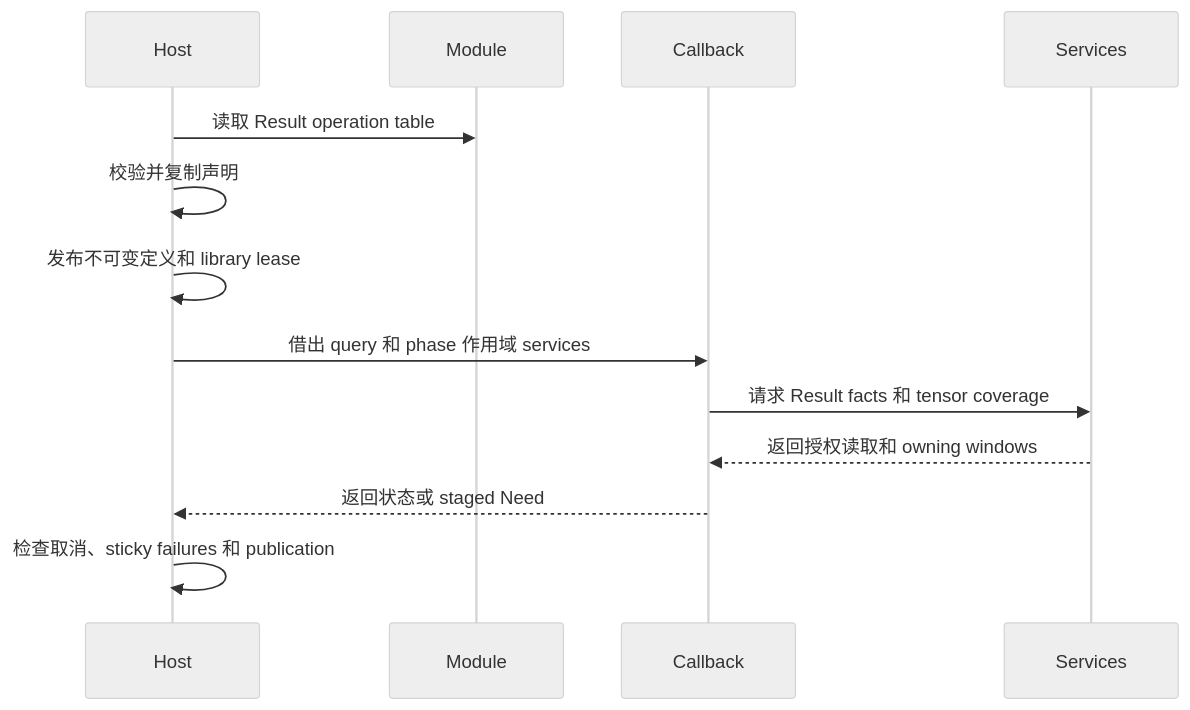
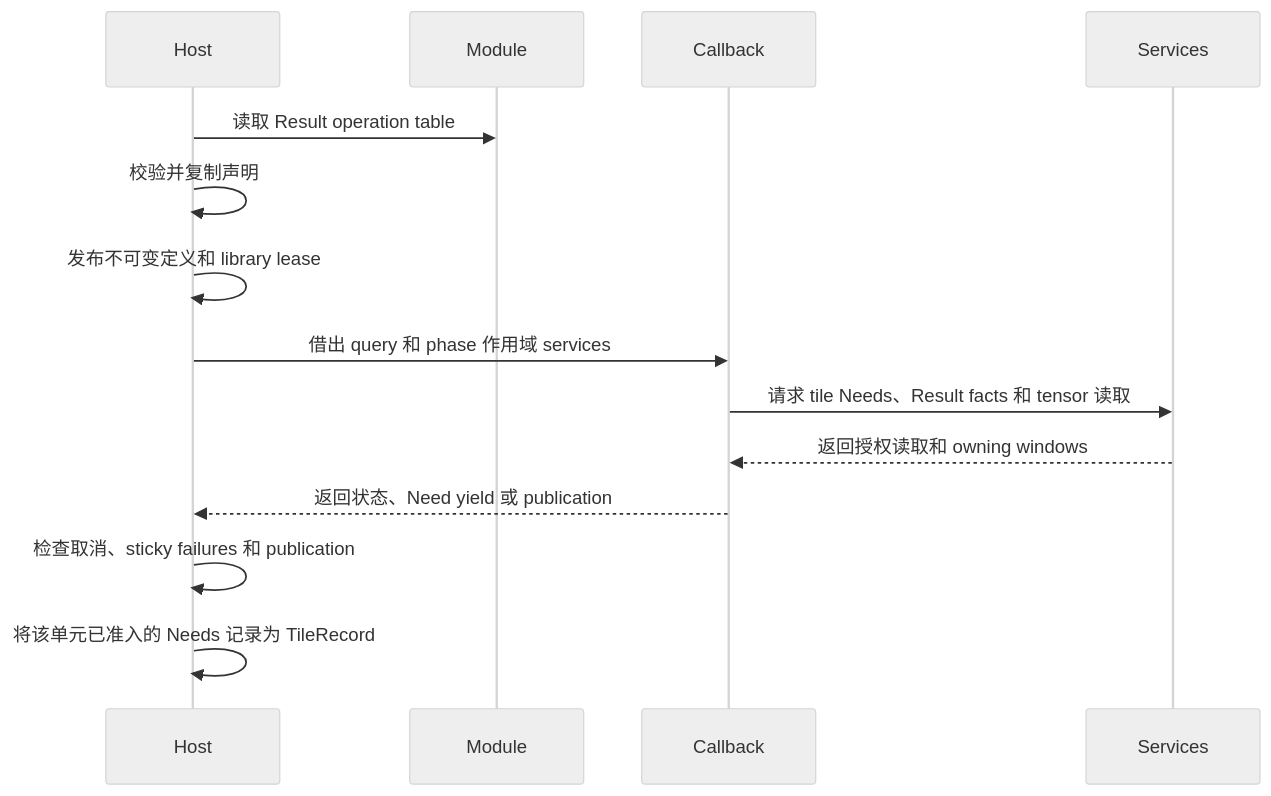
The diagram in docs/kernel-architecture/zh/Plugin-ABI.zh.md (kevin-zf1123/photospider), drawn with Mermaid (neutral theme) before and after one commit. The commit also changed other lines of this file and 5 other files, not shown here.

````diff
--- a/docs/kernel-architecture/zh/Plugin-ABI.zh.md
+++ b/docs/kernel-architecture/zh/Plugin-ABI.zh.md
@@ -9,15 +9,16 @@
 ```mermaid
 sequenceDiagram
     participant Host
     participant Module
     participant Callback
     participant Services
     Host->>Module: 读取 Result operation table
     Host->>Host: 校验并复制声明
     Host->>Host: 发布不可变定义和 library lease
     Host->>Callback: 借出 query 和 phase 作用域 services
-    Callback->>Services: 请求 Result facts 和 tensor coverage
+    Callback->>Services: 请求 tile Needs、Result facts 和 tensor 读取
     Services-->>Callback: 返回授权读取和 owning windows
-    Callback-->>Host: 返回状态或 staged Need
+    Callback-->>Host: 返回状态、Need yield 或 publication
     Host->>Host: 检查取消、sticky failures 和 publication
+    Host->>Host: 将该单元已准入的 Needs 记录为 TileRecord
 ```
````
